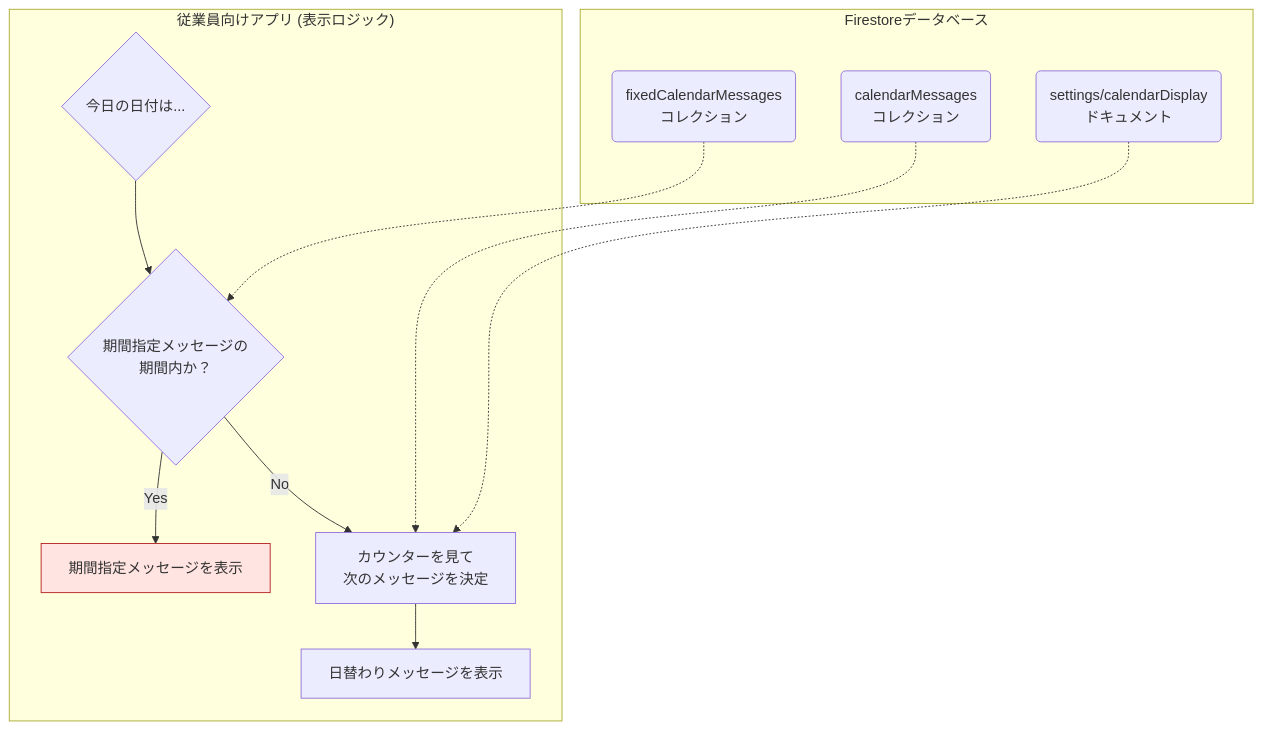
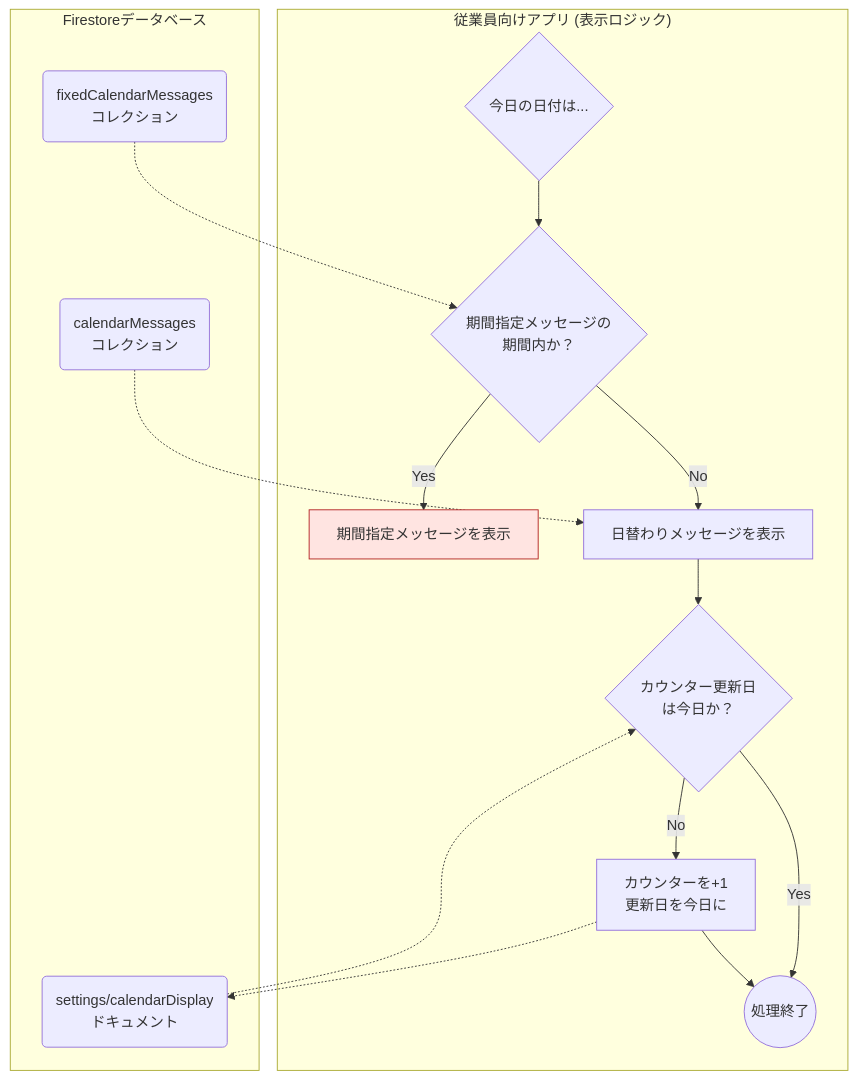
One commit to sy-YN/Admin_Philos changed the diagram in docs/calendar_feature_spec.md. Above: the diagram before and after it, drawn with Mermaid. The commit also changed other lines of this file, not shown here.

````diff
--- a/docs/calendar_feature_spec.md
+++ b/docs/calendar_feature_spec.md
@@ -15,27 +15,32 @@
 ```mermaid
 graph TD
     subgraph "従業員向けアプリ (表示ロジック)"
         A{今日の日付は...};
         B{期間指定メッセージの<br>期間内か？};
         C[期間指定メッセージを表示];
         D[日替わりメッセージを表示];
-        E[カウンターを見て<br>次のメッセージを決定];
+        E{カウンター更新日<br>は今日か？};
+        F[カウンターを+1<br>更新日を今日に];
         
         A --> B;
         B -- Yes --> C;
-        B -- No --> E;
-        E --> D;
+        B -- No --> D;
+        D --> E;
+        E -- No --> F;
+        E -- Yes --> G((処理終了));
+        F --> G;
     end
 
     subgraph "Firestoreデータベース"
         F1(fixedCalendarMessages<br>コレクション);
         F2(calendarMessages<br>コレクション);
         F3(settings/calendarDisplay<br>ドキュメント);
 
         F1 -.-> B;
-        F2 -.-> E;
+        F2 -.-> D;
         F3 -.-> E;
+        F -.-> F3;
     end
 
     style C fill:#ffe4e1,stroke:#b22222
 ```
````
